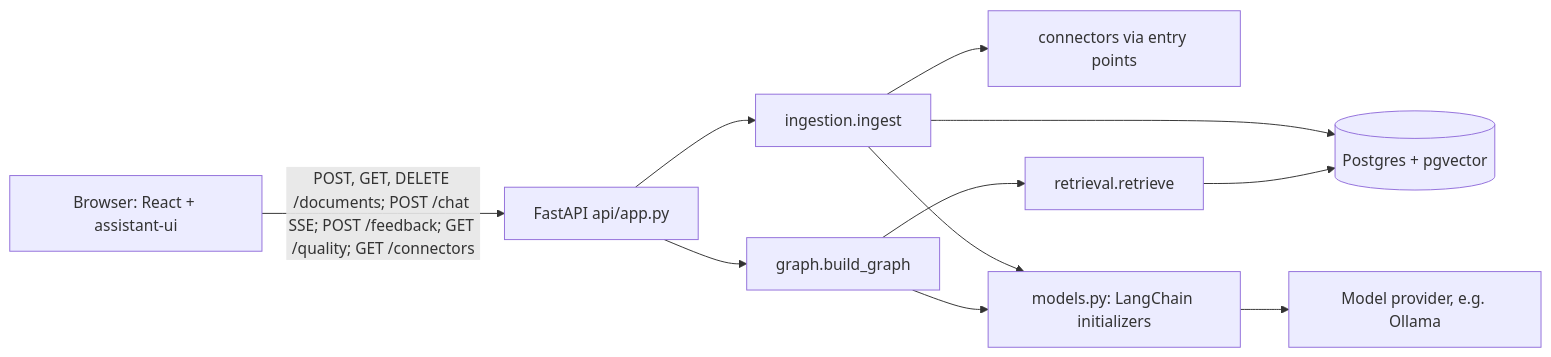
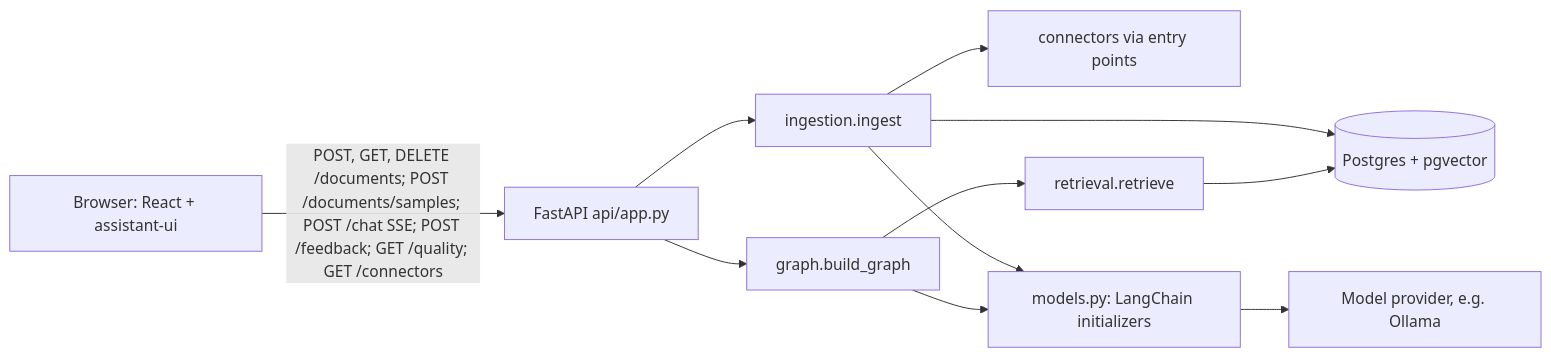
The diagram in docs/architecture/overview.md (AaronProbha18/Insight-RAG), drawn with Mermaid before and after one commit. The commit also changed other lines of this file and 14 other files, not shown here.

````diff
--- a/docs/architecture/overview.md
+++ b/docs/architecture/overview.md
@@ -12,12 +12,12 @@
 ```mermaid
 flowchart LR
-  UI[Browser: React + assistant-ui] -->|POST, GET, DELETE /documents; POST /chat SSE; POST /feedback; GET /quality; GET /connectors| API[FastAPI api/app.py]
+  UI[Browser: React + assistant-ui] -->|POST, GET, DELETE /documents; POST /documents/samples; POST /chat SSE; POST /feedback; GET /quality; GET /connectors| API[FastAPI api/app.py]
   API --> ING[ingestion.ingest]
   API --> G[graph.build_graph]
   ING --> C[connectors via entry points]
   ING --> DB[(Postgres + pgvector)]
   G --> R[retrieval.retrieve] --> DB
   ING --> M[models.py: LangChain initializers]
   G --> M
   M --> P[Model provider, e.g. Ollama]
 ```
````
